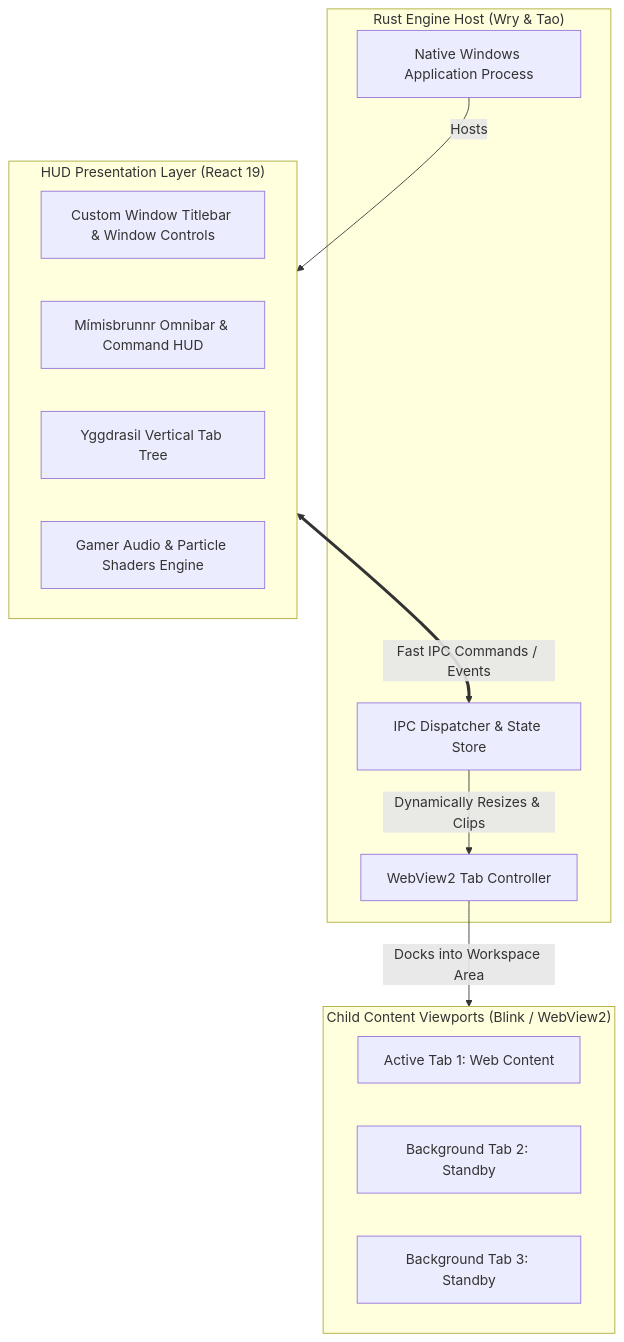
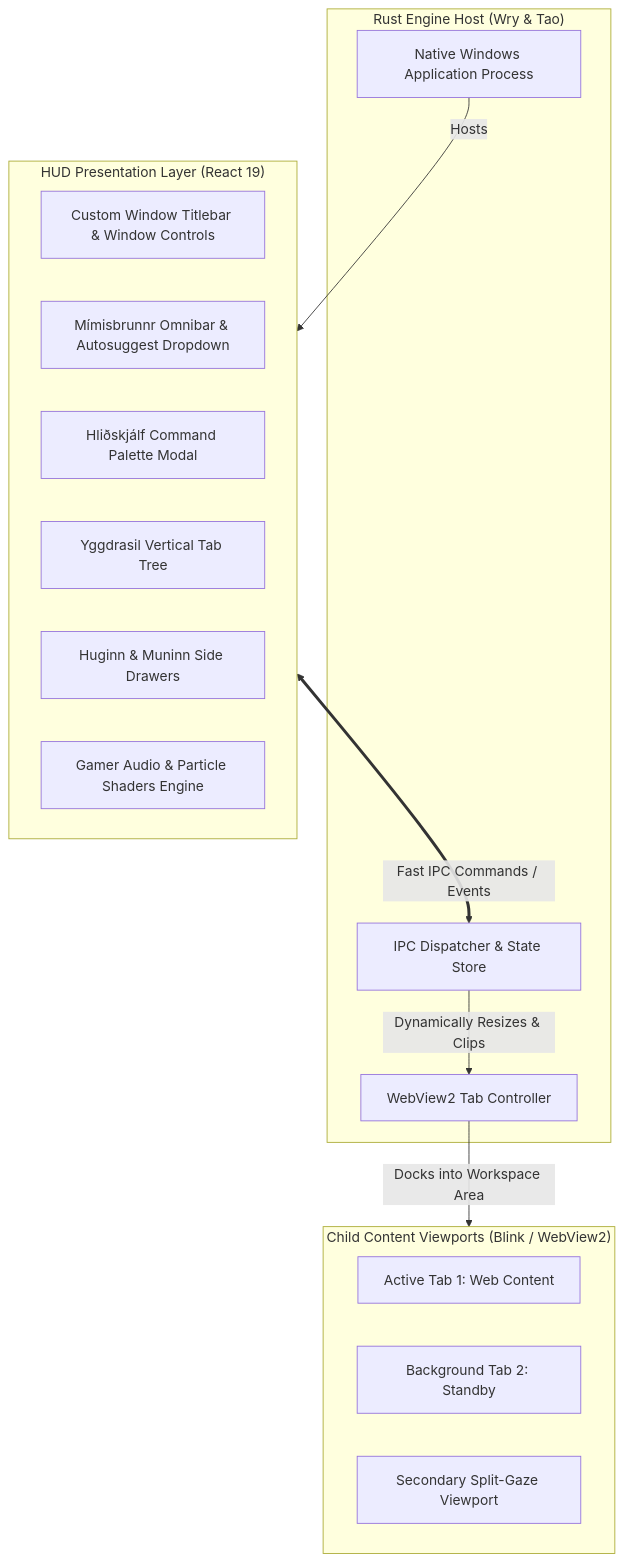
One commit to indoctrinatedrecluse/Mimir changed the diagram in README.md. Above: the diagram before and after it, drawn with Mermaid. The commit also changed other lines of this file, not shown here.

Commit message:
docs: update README with v0.3.0 features, downloads, and architecture

````diff
--- a/README.md
+++ b/README.md
@@ -70,26 +88,28 @@
 ```mermaid
 graph TD
     subgraph Host["Rust Engine Host (Wry & Tao)"]
         A[Native Windows Application Process]
         B[IPC Dispatcher & State Store]
         C[WebView2 Tab Controller]
     end
 
     subgraph Chrome["HUD Presentation Layer (React 19)"]
         D[Custom Window Titlebar & Window Controls]
-        E[Mímisbrunnr Omnibar & Command HUD]
-        F[Yggdrasil Vertical Tab Tree]
-        G[Gamer Audio & Particle Shaders Engine]
+        E[Mímisbrunnr Omnibar & Autosuggest Dropdown]
+        F[Hliðskjálf Command Palette Modal]
+        G[Yggdrasil Vertical Tab Tree]
+        H[Huginn & Muninn Side Drawers]
+        I[Gamer Audio & Particle Shaders Engine]
     end
 
     subgraph Viewports["Child Content Viewports (Blink / WebView2)"]
-        H[Active Tab 1: Web Content]
-        I[Background Tab 2: Standby]
-        J[Background Tab 3: Standby]
+        J[Active Tab 1: Web Content]
+        K[Background Tab 2: Standby]
+        L[Secondary Split-Gaze Viewport]
     end
 
     A -->|Hosts| Chrome
     Chrome <==>|Fast IPC Commands / Events| B
     B -->|Dynamically Resizes & Clips| C
     C -->|Docks into Workspace Area| Viewports
 ```
````
